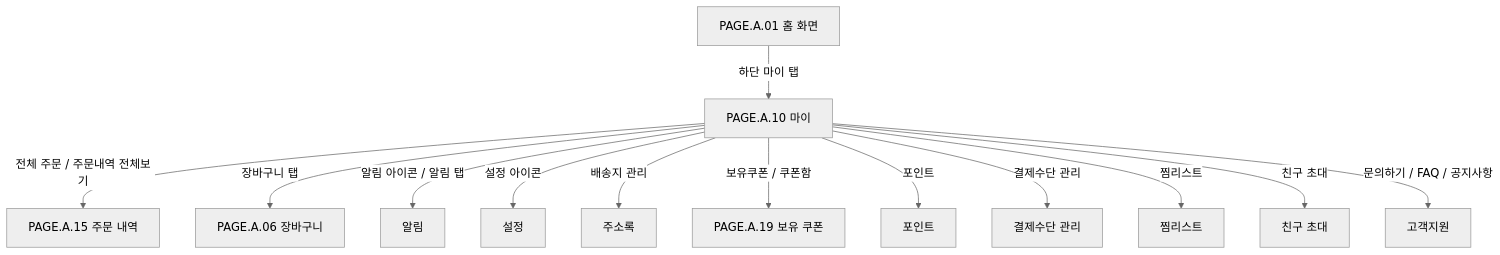
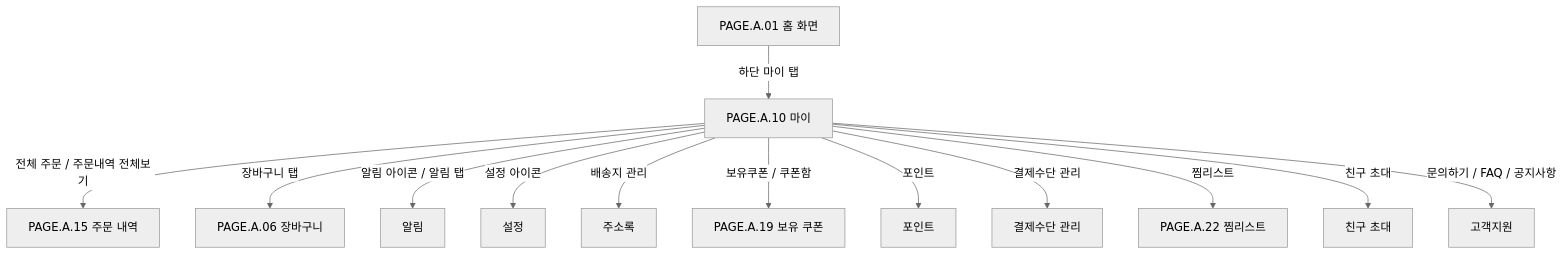
Before and after one commit to Medikong/archive: the diagram in blueprint/10-sitemap/buyer-mobile-web/PAGE_A_10_my.md, drawn with Mermaid (neutral theme). The commit also changed other lines of this file and 30 other files, not shown here.

First line of the commit message:
docs(interest): add A_07 service design, wishlist page, and Python auth fixes

````diff
--- a/blueprint/10-sitemap/buyer-mobile-web/PAGE_A_10_my.md
+++ b/blueprint/10-sitemap/buyer-mobile-web/PAGE_A_10_my.md
@@ -49,34 +49,35 @@
 ```mermaid
 flowchart TD
     Home["PAGE.A.01 홈 화면"]
     My["PAGE.A.10 마이"]
     Cart["PAGE.A.06 장바구니"]
     OrderHistory["PAGE.A.15 주문 내역"]
     Notification["알림"]
     Settings["설정"]
     AddressBook["주소록"]
     CouponBox["PAGE.A.19 보유 쿠폰"]
     Point["포인트"]
     PaymentMethod["결제수단 관리"]
-    Wishlist["찜리스트"]
+    Wishlist["PAGE.A.22 찜리스트"]
     Invite["친구 초대"]
     Support["고객지원"]
 
     Home -->|"하단 마이 탭"| My
     My -->|"전체 주문 / 주문내역 전체보기"| OrderHistory
     My -->|"장바구니 탭"| Cart
     My -->|"알림 아이콘 / 알림 탭"| Notification
     My -->|"설정 아이콘"| Settings
     My -->|"배송지 관리"| AddressBook
     My -->|"보유쿠폰 / 쿠폰함"| CouponBox
     My -->|"포인트"| Point
     My -->|"결제수단 관리"| PaymentMethod
     My -->|"찜리스트"| Wishlist
     My -->|"친구 초대"| Invite
     My -->|"문의하기 / FAQ / 공지사항"| Support
 
     click Home "./PAGE_A_01_homepage.md"
     click Cart "./PAGE_A_06_shopping_cart.md"
     click OrderHistory "./PAGE_A_15_order_history.md"
     click CouponBox "./PAGE_A_19_coupon_wallet/PAGE_A_19_owned_coupon.md"
+    click Wishlist "./PAGE_A_22_wishlist.md"
 ```
````
